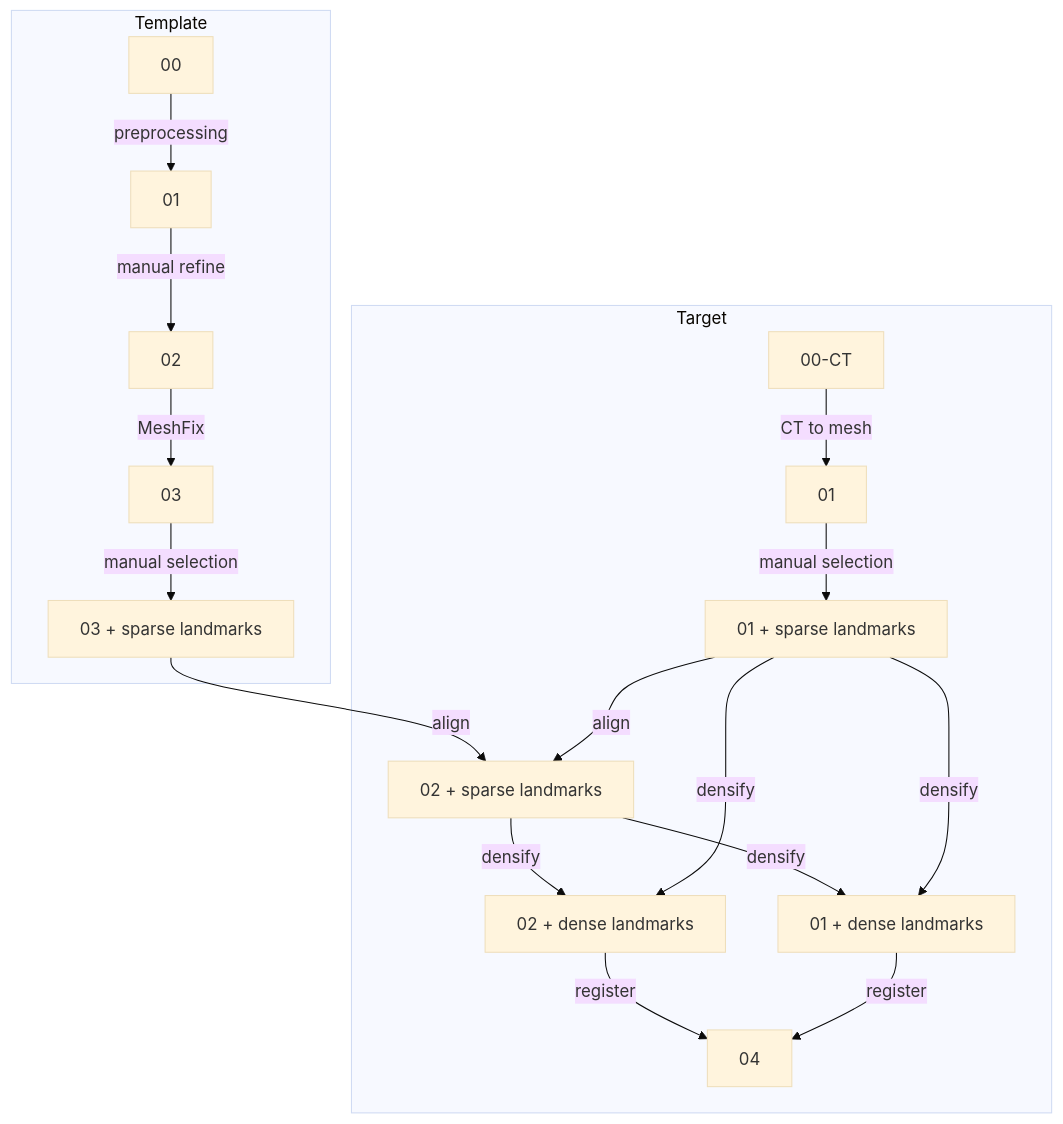
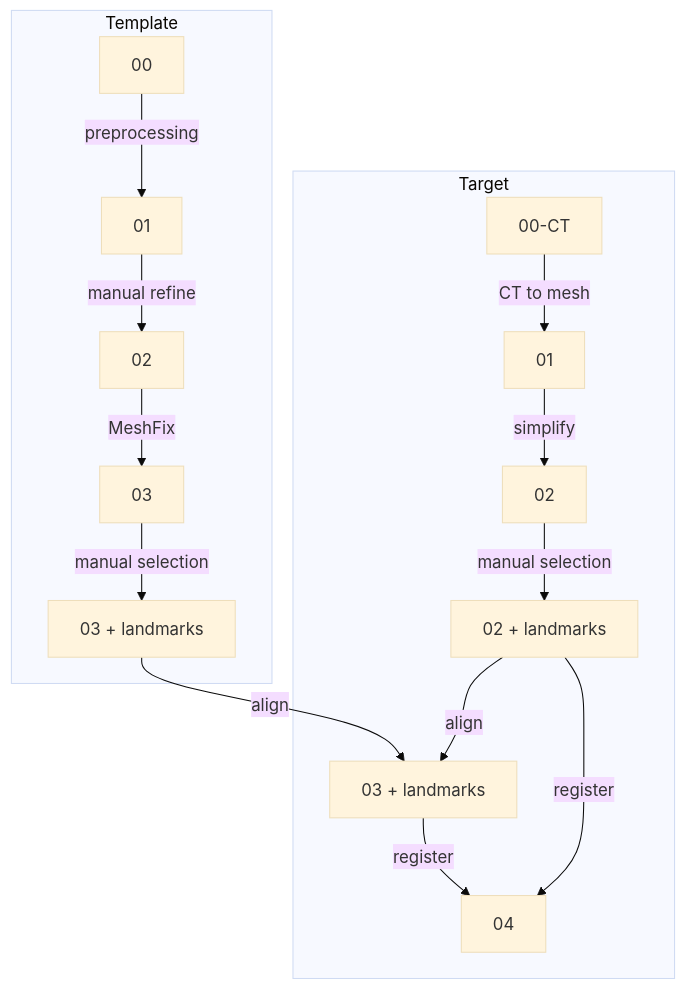
Before and after one commit to liblaf/mesh-kit: the diagram in mesh_kit/examples/sculptor/README.md, drawn with Mermaid (base theme). The commit also changed 26 other files, not shown here.

````diff
--- a/mesh_kit/examples/sculptor/README.md
+++ b/mesh_kit/examples/sculptor/README.md
@@ -5,25 +5,23 @@
 ```mermaid
 flowchart TD
   subgraph Template
     S0[00]
     S1[01]
     S2[02]
     S3[03]
-    S3S[03 + sparse landmarks]
+    S3S[03 + landmarks]
+    S0 -->|preprocessing| S1 -->|manual refine| S2 -->|MeshFix| S3
     S3 -->|manual selection| S3S
-    S0 -->|preprocessing| S1 -->|manual refine| S2 -->|MeshFix| S3
   end
   subgraph Target
     T0[00-CT]
     T1[01]
-    T1S[01 + sparse landmarks]
-    T1D[01 + dense landmarks]
-    T2S[02 + sparse landmarks]
-    T2D[02 + dense landmarks]
+    T2[02]
+    T2S[02 + landmarks]
+    T3S[03 + landmarks]
     T4[04]
-    T0 -->|CT to mesh| T1 -->|manual selection| T1S
-    S3S & T1S -->|align| T2S
-    T2S & T1S -->|densify| T2D & T1D
-    T2D & T1D -->|register| T4
+    T0 -->|CT to mesh| T1 -->|simplify| T2 -->|manual selection| T2S
+    S3S & T2S -->|align| T3S
+    T3S & T2S -->|register| T4
   end
 ```
````
